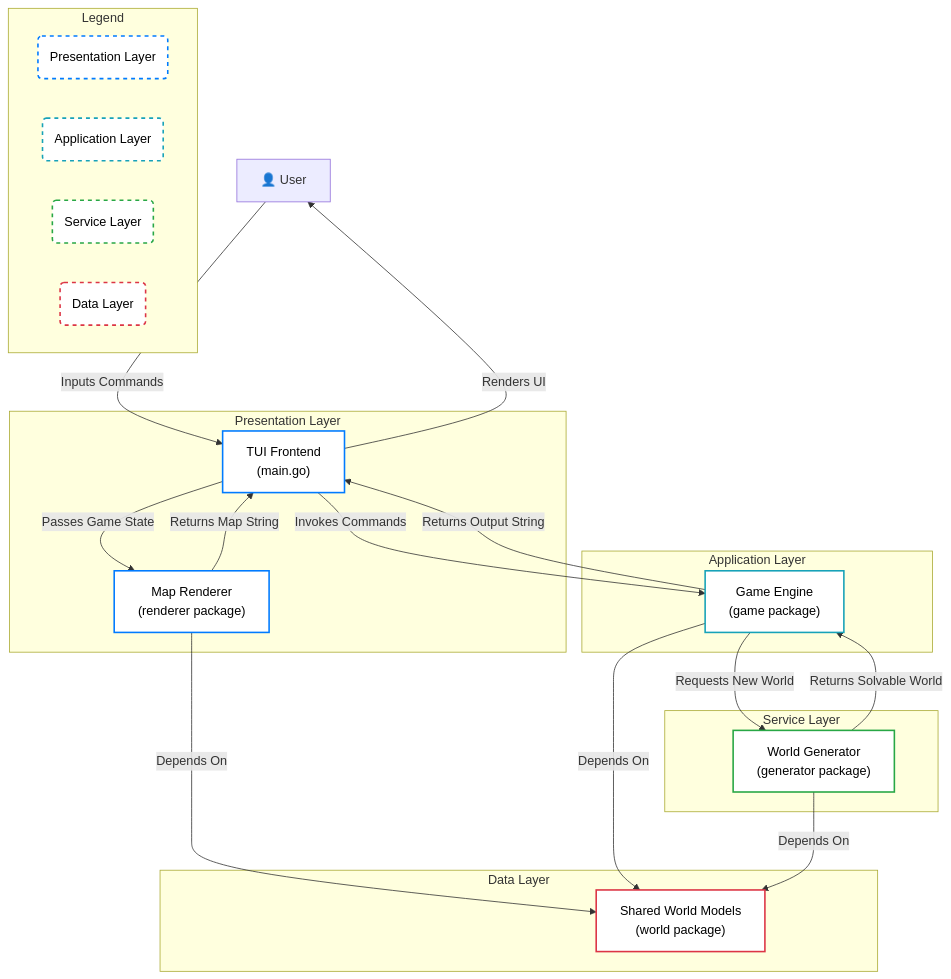
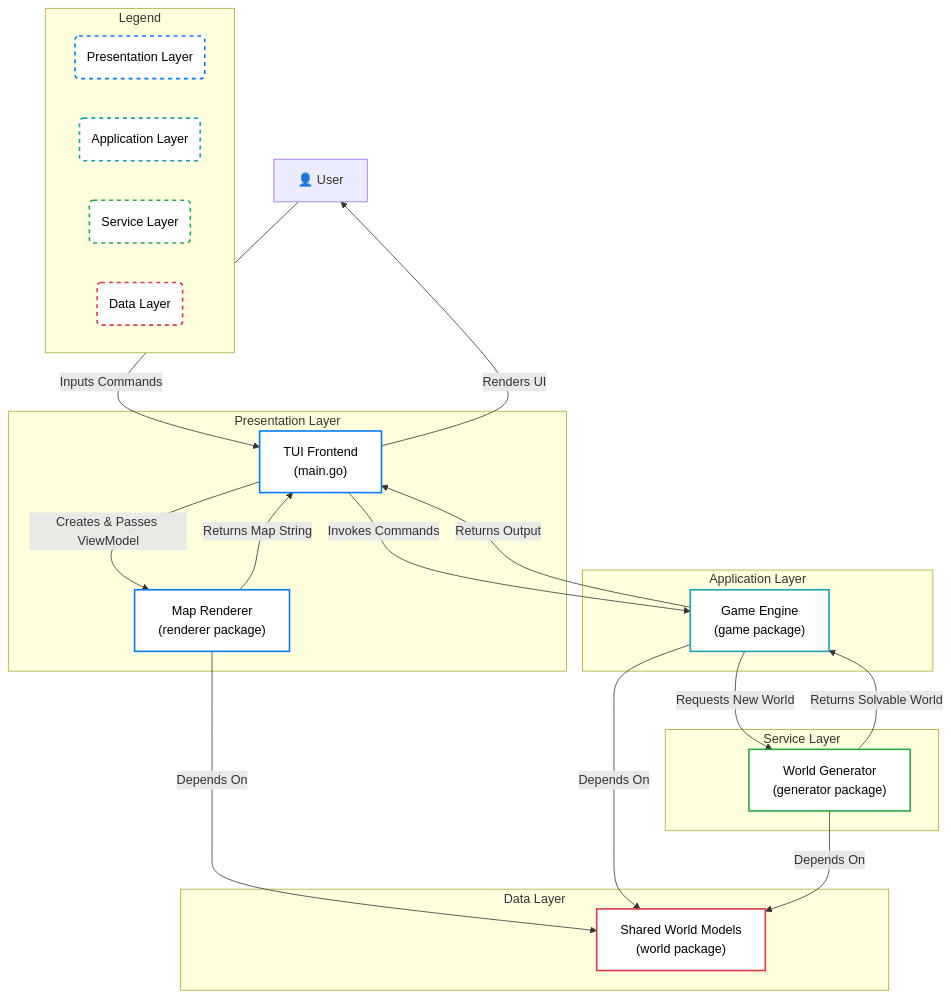
Before and after one commit to kphutt/text-adventure-v2: the diagram in DESIGN.md, drawn with Mermaid. The commit also changed 2 other files, not shown here.

Commit message:
refactor(arch): Separate rendering logic into new renderer package

````diff
--- a/DESIGN.md
+++ b/DESIGN.md
@@ -74,53 +74,54 @@
 ```mermaid
 graph TD
     %% --- Legend ---
     subgraph "Legend"
         direction LR
         L1(Presentation Layer); L2(Application Layer); L3(Service Layer); L4(Data Layer)
     end
     style L1 fill:#fff,stroke:#007bff,stroke-width:2px,stroke-dasharray: 5 5,color:#000
     style L2 fill:#fff,stroke:#17a2b8,stroke-width:2px,stroke-dasharray: 5 5,color:#000
     style L3 fill:#fff,stroke:#28a745,stroke-width:2px,stroke-dasharray: 5 5,color:#000
     style L4 fill:#fff,stroke:#dc3545,stroke-width:2px,stroke-dasharray: 5 5,color:#000
 
     %% --- Architecture ---
     User["👤 User"]
 
     subgraph "Presentation Layer"
         style TUI fill:#fff,stroke:#007bff,stroke-width:2px,color:#000
         style Renderer fill:#fff,stroke:#007bff,stroke-width:2px,color:#000
         TUI["TUI Frontend<br>(main.go)"]
         Renderer["Map Renderer<br>(renderer package)"]
     end
 
     subgraph "Application Layer"
         style GameEngine fill:#fff,stroke:#17a2b8,stroke-width:2px,color:#000
         GameEngine["Game Engine<br>(game package)"]
     end
 
     subgraph "Service Layer"
         style GeneratorService fill:#fff,stroke:#28a745,stroke-width:2px,color:#000
         GeneratorService["World Generator<br>(generator package)"]
     end
 
     subgraph "Data Layer"
         style Models fill:#fff,stroke:#dc3545,stroke-width:2px,color:#000
         Models["Shared World Models<br>(world package)"]
     end
     
     %% --- Data Flow & Dependencies ---
     User -->|Inputs Commands| TUI
     TUI -->|Renders UI| User
+    
     TUI -->|Invokes Commands| GameEngine
-    GameEngine -->|Returns Output String| TUI
+    GameEngine -->|Returns Output| TUI
     
-    TUI -->|Passes Game State| Renderer
+    TUI -->|Creates & Passes ViewModel| Renderer
     Renderer -->|Returns Map String| TUI
     
     GameEngine -->|Requests New World| GeneratorService
     GeneratorService -->|Returns Solvable World| GameEngine
 
     Renderer -->|Depends On| Models
     GameEngine -->|Depends On| Models
     GeneratorService -->|Depends On| Models
 ```
````
